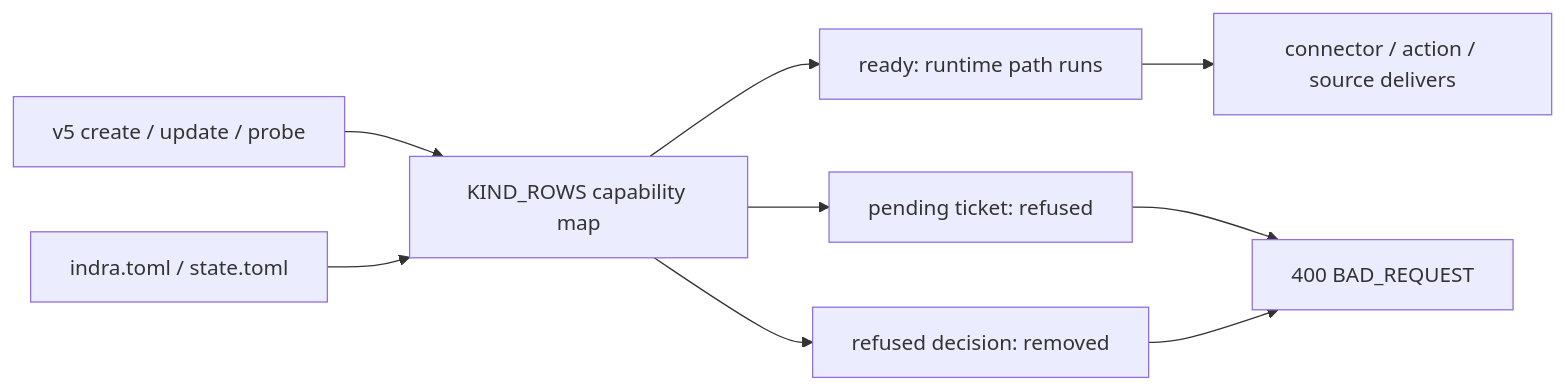
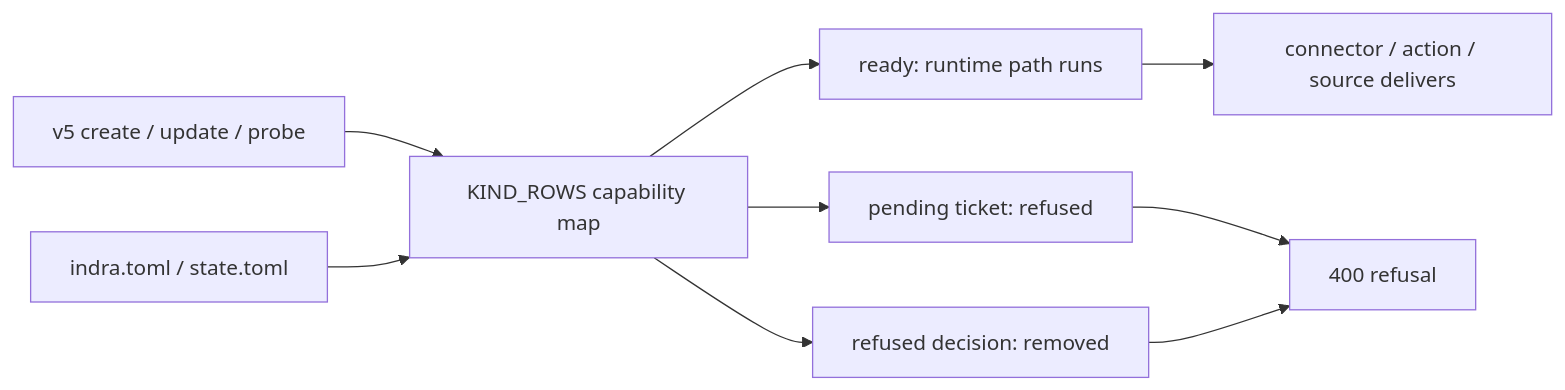
The diagram in docs/reference/connector-kinds.md (Indus-Stack/indramqtt), drawn with Mermaid before and after one commit. The commit also changed other lines of this file and 28 other files, not shown here.

````diff
--- a/docs/reference/connector-kinds.md
+++ b/docs/reference/connector-kinds.md
@@ -5,11 +5,11 @@
 ```mermaid
 flowchart LR
     Request["v5 create / update / probe"] --> Map["KIND_ROWS capability map"]
     File["indra.toml / state.toml"] --> Map
     Map --> Ready["ready: runtime path runs"]
     Map --> Pending["pending ticket: refused"]
     Map --> Refused["refused decision: removed"]
     Ready --> Deliver["connector / action / source delivers"]
-    Pending --> BadRequest["400 BAD_REQUEST"]
+    Pending --> BadRequest["400 refusal"]
     Refused --> BadRequest
 ```
````
